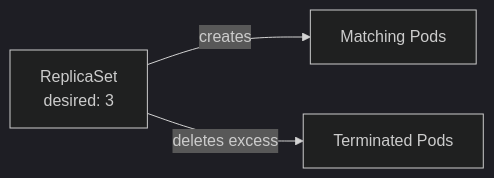
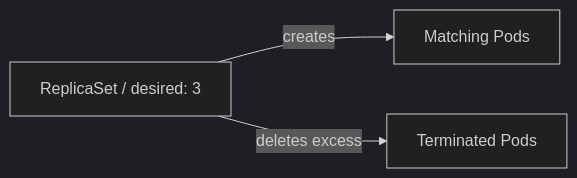
One commit to hareramcse/SystemDesign changed diagram 28 of 47 in 11-cloud-and-kubernetes/README.md. Above: the diagram before and after it, drawn with Mermaid (dark theme). The commit also changed other lines of this file and 14 other files, not shown here.

````diff
--- a/11-cloud-and-kubernetes/README.md
+++ b/11-cloud-and-kubernetes/README.md
@@ -1430,5 +1430,5 @@
 ```mermaid
 flowchart LR
-    RS[ReplicaSet<br/>desired: 3] -->|creates| Pods[Matching Pods]
+    RS["ReplicaSet / desired: 3"] -->|creates| Pods[Matching Pods]
     RS -->|deletes excess| X[Terminated Pods]
 ```
````
